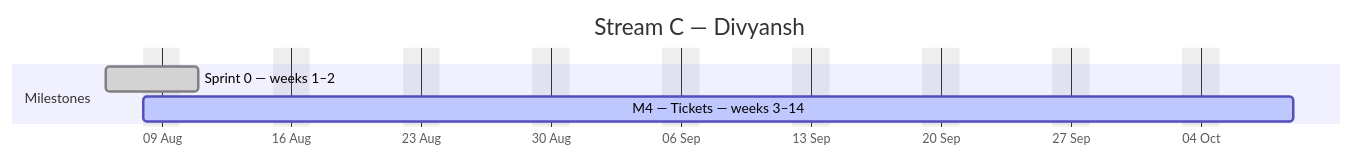
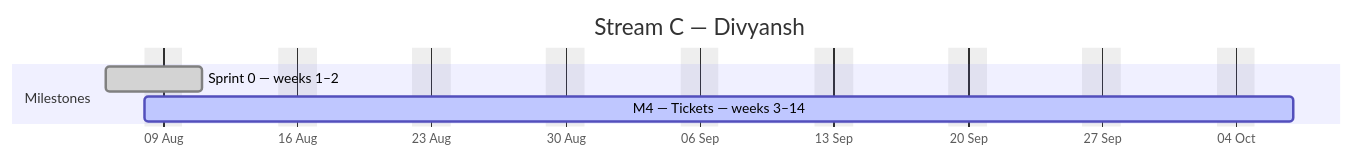
The third of 4 diagrams in docs/plan/GANTT.md (debashisedunext/EduTrack), drawn with Mermaid before and after one commit. The commit also changed other lines of this file and 3 other files, not shown here.

````diff
--- a/docs/plan/GANTT.md
+++ b/docs/plan/GANTT.md
@@ -132,10 +134,10 @@
 ```mermaid
 gantt
     dateFormat YYYY-MM-DD
     axisFormat %d %b
     title Stream C — Divyansh
     excludes weekends
     section Milestones
     Sprint 0 — weeks 1–2 :done, c0, 2026-08-06, 3d
-    M4 — Tickets — weeks 3–14 :active, c1, 2026-08-08, 45d
+    M4 — Tickets — weeks 3–14 :active, c1, 2026-08-08, 43d
 ```
````
